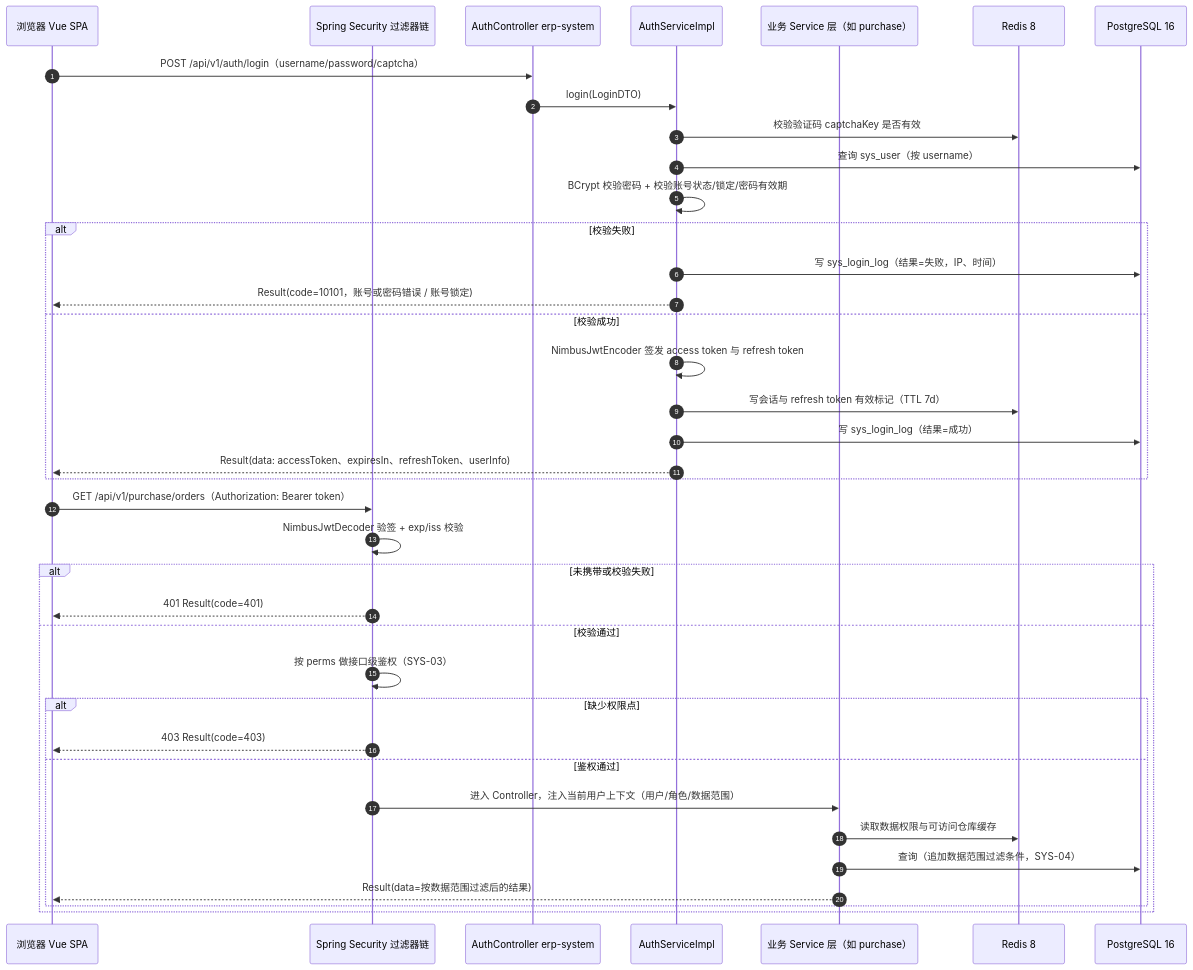
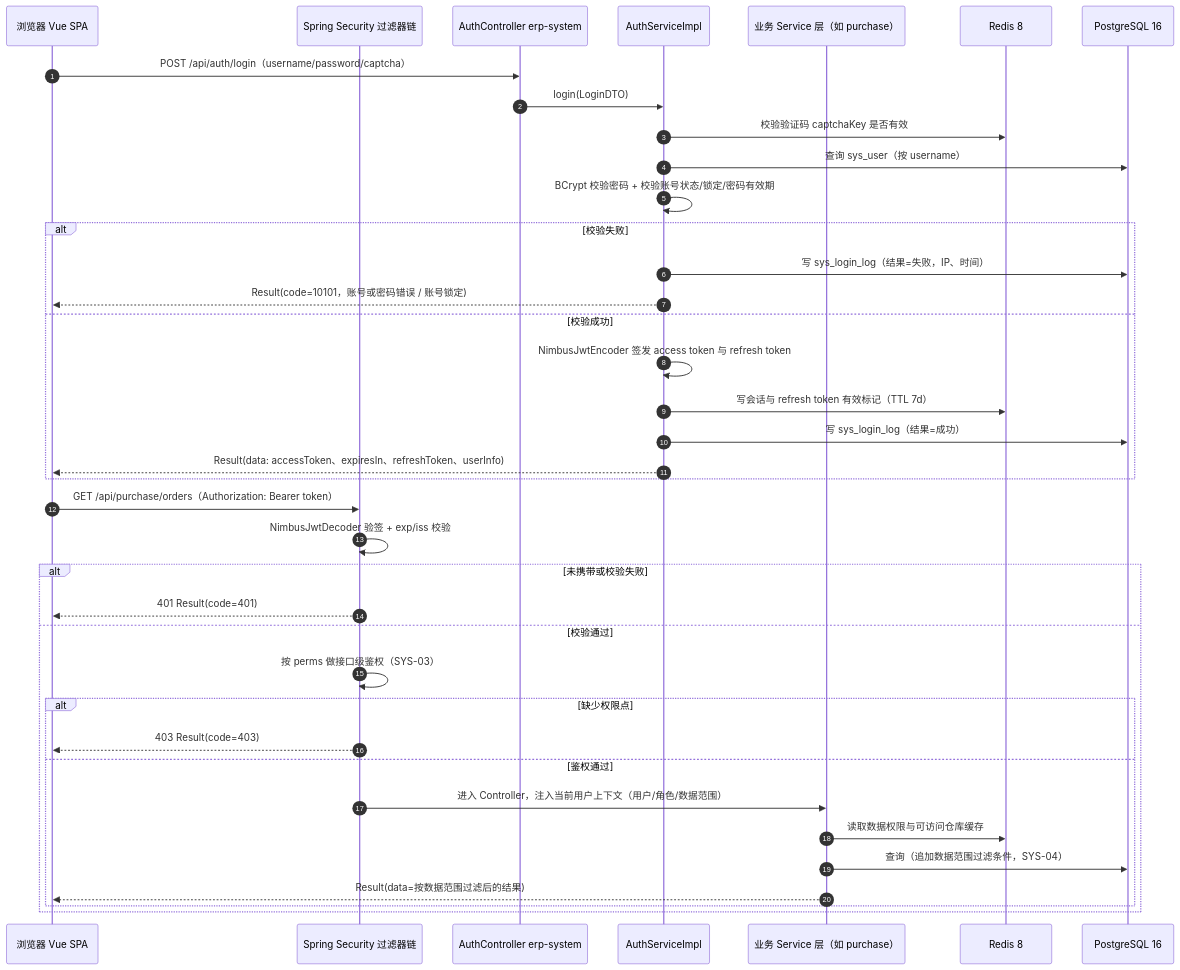
The fourth of 8 diagrams in docs/phase2-system-design/01-概要设计说明书.md (north30-dev/north30-erp-project), drawn with Mermaid before and after one commit. The commit also changed other lines of this file and 10 other files, not shown here.

````diff
--- a/docs/phase2-system-design/01-概要设计说明书.md
+++ b/docs/phase2-system-design/01-概要设计说明书.md
@@ -565,42 +565,42 @@
 ```mermaid
 sequenceDiagram
     autonumber
     participant U as 浏览器 Vue SPA
     participant F as Spring Security 过滤器链
     participant A as AuthController erp-system
     participant S as AuthServiceImpl
     participant P as 业务 Service 层（如 purchase）
     participant R as Redis 8
     participant DB as PostgreSQL 16
 
-    U->>A: POST /api/v1/auth/login（username/password/captcha）
+    U->>A: POST /api/auth/login（username/password/captcha）
     A->>S: login(LoginDTO)
     S->>R: 校验验证码 captchaKey 是否有效
     S->>DB: 查询 sys_user（按 username）
     S->>S: BCrypt 校验密码 + 校验账号状态/锁定/密码有效期
     alt 校验失败
         S->>DB: 写 sys_login_log（结果=失败，IP、时间）
         S-->>U: Result(code=10101，账号或密码错误 / 账号锁定)
     else 校验成功
         S->>S: NimbusJwtEncoder 签发 access token 与 refresh token
         S->>R: 写会话与 refresh token 有效标记（TTL 7d）
         S->>DB: 写 sys_login_log（结果=成功）
         S-->>U: Result(data: accessToken、expiresIn、refreshToken、userInfo)
     end
 
-    U->>F: GET /api/v1/purchase/orders（Authorization: Bearer token）
+    U->>F: GET /api/purchase/orders（Authorization: Bearer token）
     F->>F: NimbusJwtDecoder 验签 + exp/iss 校验
     alt 未携带或校验失败
         F-->>U: 401 Result(code=401)
     else 校验通过
         F->>F: 按 perms 做接口级鉴权（SYS-03）
         alt 缺少权限点
             F-->>U: 403 Result(code=403)
         else 鉴权通过
             F->>P: 进入 Controller，注入当前用户上下文（用户/角色/数据范围）
             P->>R: 读取数据权限与可访问仓库缓存
             P->>DB: 查询（追加数据范围过滤条件，SYS-04）
             P-->>U: Result(data=按数据范围过滤后的结果)
         end
     end
 ```
````
